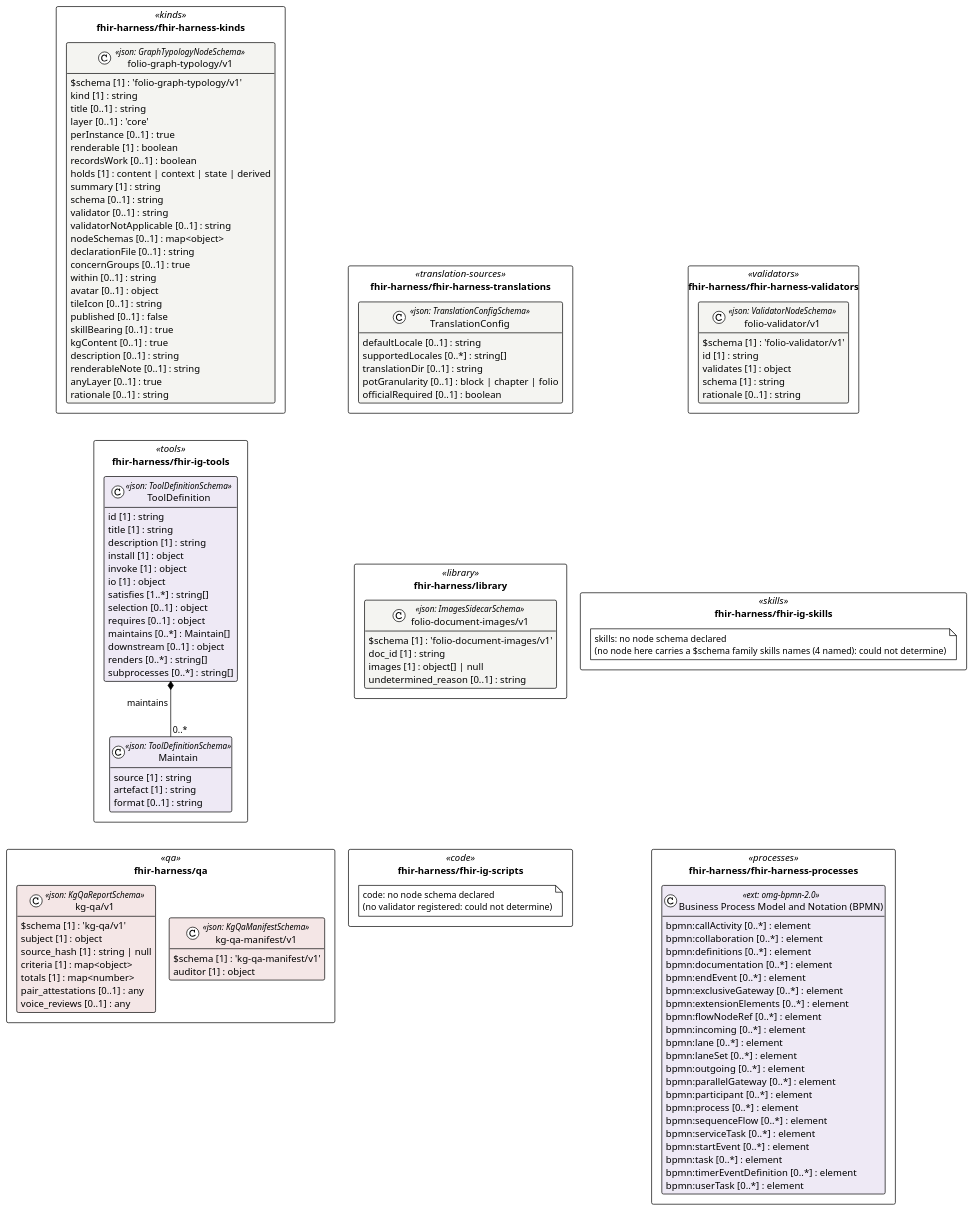
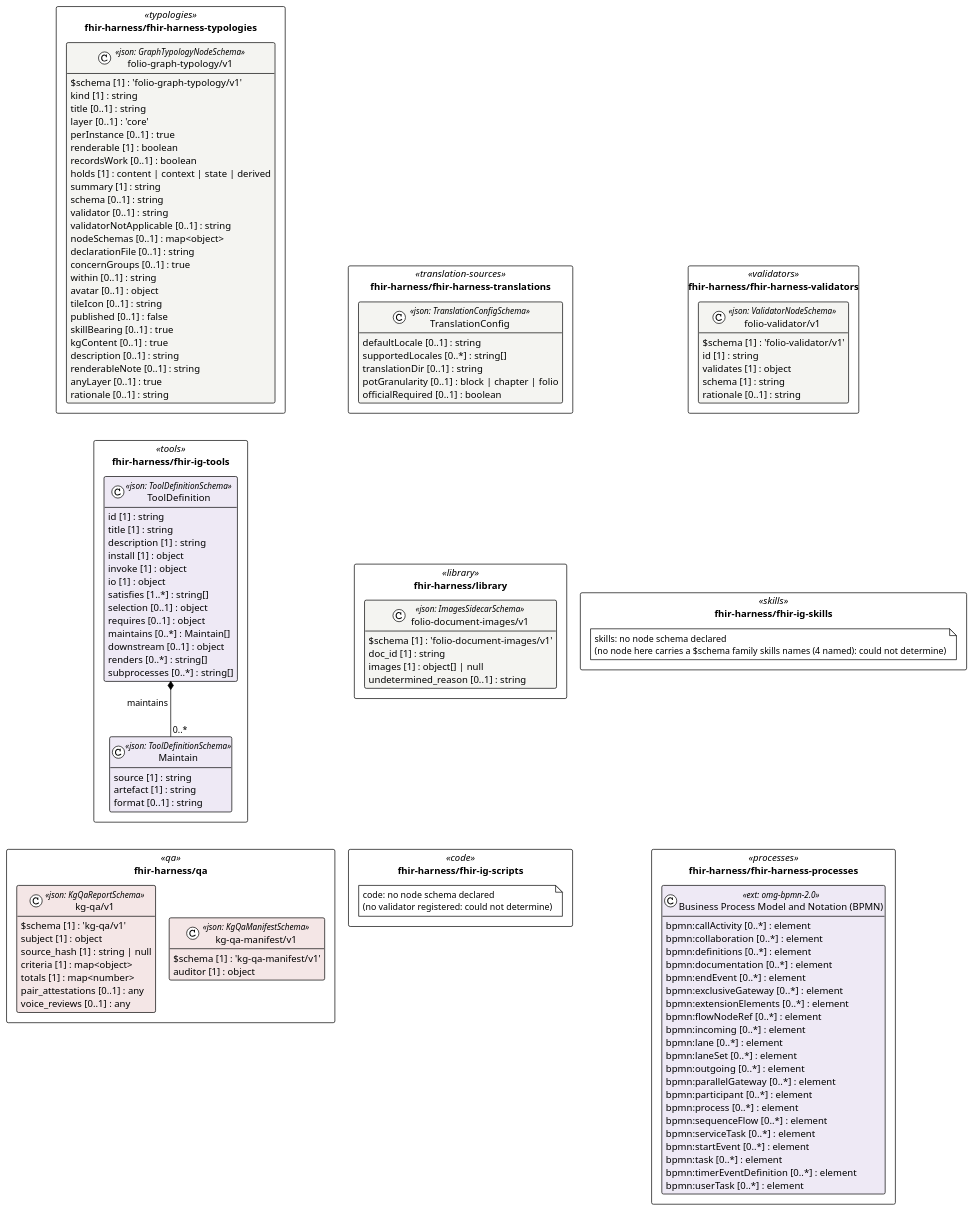
One commit to litlfred/folio-assistant changed the diagram in cat-harness/uml/overview/fhir-harness.puml. Above: the diagram before and after it, drawn with PlantUML. The commit also changed 435 other files, not shown here.

First line of the commit message:
Regenerate artefacts for the graph-typology rename; pin bootstrap-tools to its merge (litlfred/bootstrap-tools#10)

```diff
--- a/cat-harness/uml/overview/fhir-harness.puml
+++ b/cat-harness/uml/overview/fhir-harness.puml
@@ -3,141 +3,141 @@
 @startuml fhir_harness
 !pragma layout elk
 !theme plain
 skinparam classAttributeIconSize 0
 skinparam shadowing false
 skinparam packageStyle rectangle
 hide empty methods
 
 package "fhir-harness/fhir-harness-translations" as pkg_fhir_harness_fhir_harness_translations <<translation-sources>> {
   class "TranslationConfig" as fhir_harness_fhir_harness_translations_TranslationConfig <<json: TranslationConfigSchema>> #f4f4f1 {
     defaultLocale [0..1] : string
     supportedLocales [0..*] : string[]
     translationDir [0..1] : string
     potGranularity [0..1] : block | chapter | folio
     officialRequired [0..1] : boolean
   }
 }
 package "fhir-harness/fhir-harness-validators" as pkg_fhir_harness_fhir_harness_validators <<validators>> {
   class "folio-validator/v1" as fhir_harness_fhir_harness_validators_folio_validator_v1_folio_validator_v1 <<json: ValidatorNodeSchema>> #f4f4f1 {
     $schema [1] : 'folio-validator/v1'
     id [1] : string
     validates [1] : object
     schema [1] : string
     rationale [0..1] : string
   }
 }
-package "fhir-harness/fhir-harness-kinds" as pkg_fhir_harness_fhir_harness_kinds <<kinds>> {
-  class "folio-graph-typology/v1" as fhir_harness_fhir_harness_kinds_folio_graph_typology_v1_folio_graph_typology_v1 <<json: GraphTypologyNodeSchema>> #f4f4f1 {
+package "fhir-harness/fhir-harness-typologies" as pkg_fhir_harness_fhir_harness_typologies <<typologies>> {
+  class "folio-graph-typology/v1" as fhir_harness_fhir_harness_typologies_folio_graph_typology_v1_folio_graph_typology_v1 <<json: GraphTypologyNodeSchema>> #f4f4f1 {
     $schema [1] : 'folio-graph-typology/v1'
     kind [1] : string
     title [0..1] : string
     layer [0..1] : 'core'
     perInstance [0..1] : true
     renderable [1] : boolean
     recordsWork [0..1] : boolean
     holds [1] : content | context | state | derived
     summary [1] : string
     schema [0..1] : string
     validator [0..1] : string
     validatorNotApplicable [0..1] : string
     nodeSchemas [0..1] : map<object>
     declarationFile [0..1] : string
     concernGroups [0..1] : true
     within [0..1] : string
     avatar [0..1] : object
     tileIcon [0..1] : string
     published [0..1] : false
     skillBearing [0..1] : true
     kgContent [0..1] : true
     description [0..1] : string
     renderableNote [0..1] : string
     anyLayer [0..1] : true
     rationale [0..1] : string
   }
 }
 package "fhir-harness/library" as pkg_fhir_harness_library <<library>> {
   class "folio-document-images/v1" as fhir_harness_library_folio_document_images_v1_folio_document_images_v1 <<json: ImagesSidecarSchema>> #f4f4f1 {
     $schema [1] : 'folio-document-images/v1'
     doc_id [1] : string
     images [1] : object[] | null
     undetermined_reason [0..1] : string
   }
 }
 package "fhir-harness/fhir-ig-skills" as pkg_fhir_harness_fhir_ig_skills <<skills>> {
   note "skills: no node schema declared\n(no node here carries a $schema family skills names (4 named): could not determine)" as n_fhir_harness_fhir_ig_skills_skills
 }
 package "fhir-harness/fhir-ig-tools" as pkg_fhir_harness_fhir_ig_tools <<tools>> {
   class "Maintain" as fhir_harness_fhir_ig_tools_Maintain <<json: ToolDefinitionSchema>> #eee9f5 {
     source [1] : string
     artefact [1] : string
     format [0..1] : string
   }
   class "ToolDefinition" as fhir_harness_fhir_ig_tools_ToolDefinition <<json: ToolDefinitionSchema>> #eee9f5 {
     id [1] : string
     title [1] : string
     description [1] : string
     install [1] : object
     invoke [1] : object
     io [1] : object
     satisfies [1..*] : string[]
     selection [0..1] : object
     requires [0..1] : object
     maintains [0..*] : Maintain[]
     downstream [0..1] : object
     renders [0..*] : string[]
     subprocesses [0..*] : string[]
   }
 }
 package "fhir-harness/fhir-ig-scripts" as pkg_fhir_harness_fhir_ig_scripts <<code>> {
   note "code: no node schema declared\n(no validator registered: could not determine)" as n_fhir_harness_fhir_ig_scripts_code
 }
 package "fhir-harness/fhir-harness-processes" as pkg_fhir_harness_fhir_harness_processes <<processes>> {
   class "Business Process Model and Notation (BPMN)" as fhir_harness_fhir_harness_processes_omg_bpmn_2_0 <<ext: omg-bpmn-2.0>> #eee9f5 {
     bpmn:callActivity [0..*] : element
     bpmn:collaboration [0..*] : element
     bpmn:definitions [0..*] : element
     bpmn:documentation [0..*] : element
     bpmn:endEvent [0..*] : element
     bpmn:exclusiveGateway [0..*] : element
     bpmn:extensionElements [0..*] : element
     bpmn:flowNodeRef [0..*] : element
     bpmn:incoming [0..*] : element
     bpmn:lane [0..*] : element
     bpmn:laneSet [0..*] : element
     bpmn:outgoing [0..*] : element
     bpmn:parallelGateway [0..*] : element
     bpmn:participant [0..*] : element
     bpmn:process [0..*] : element
     bpmn:sequenceFlow [0..*] : element
     bpmn:serviceTask [0..*] : element
     bpmn:startEvent [0..*] : element
     bpmn:task [0..*] : element
     bpmn:timerEventDefinition [0..*] : element
     bpmn:userTask [0..*] : element
   }
 }
 package "fhir-harness/qa" as pkg_fhir_harness_qa <<qa>> {
   class "kg-qa/v1" as fhir_harness_qa_kg_qa_v1_kg_qa_v1 <<json: KgQaReportSchema>> #f4e6e6 {
     $schema [1] : 'kg-qa/v1'
     subject [1] : object
     source_hash [1] : string | null
     criteria [1] : map<object>
     totals [1] : map<number>
     pair_attestations [0..1] : any
     voice_reviews [0..1] : any
   }
   class "kg-qa-manifest/v1" as fhir_harness_qa_kg_qa_manifest_v1_kg_qa_manifest_v1 <<json: KgQaManifestSchema>> #f4e6e6 {
     $schema [1] : 'kg-qa-manifest/v1'
     auditor [1] : object
   }
 }
 
 fhir_harness_fhir_ig_tools_ToolDefinition *-- "0..*" fhir_harness_fhir_ig_tools_Maintain : maintains
-' grid: portrait, 3 column(s) — pkg_fhir_harness_fhir_harness_translations pkg_fhir_harness_fhir_harness_validators pkg_fhir_harness_fhir_harness_kinds pkg_fhir_harness_library pkg_fhir_harness_fhir_ig_skills pkg_fhir_harness_fhir_ig_tools pkg_fhir_harness_fhir_ig_scripts pkg_fhir_harness_fhir_harness_processes pkg_fhir_harness_qa
+' grid: portrait, 3 column(s) — pkg_fhir_harness_fhir_harness_translations pkg_fhir_harness_fhir_harness_validators pkg_fhir_harness_fhir_harness_typologies pkg_fhir_harness_library pkg_fhir_harness_fhir_ig_skills pkg_fhir_harness_fhir_ig_tools pkg_fhir_harness_fhir_ig_scripts pkg_fhir_harness_fhir_harness_processes pkg_fhir_harness_qa
 pkg_fhir_harness_fhir_harness_translations -[hidden]down- pkg_fhir_harness_library
 pkg_fhir_harness_fhir_harness_validators -[hidden]down- pkg_fhir_harness_fhir_ig_skills
-pkg_fhir_harness_fhir_harness_kinds -[hidden]down- pkg_fhir_harness_fhir_ig_tools
+pkg_fhir_harness_fhir_harness_typologies -[hidden]down- pkg_fhir_harness_fhir_ig_tools
 pkg_fhir_harness_library -[hidden]down- pkg_fhir_harness_fhir_ig_scripts
 pkg_fhir_harness_fhir_ig_skills -[hidden]down- pkg_fhir_harness_fhir_harness_processes
 pkg_fhir_harness_fhir_ig_tools -[hidden]down- pkg_fhir_harness_qa
 @enduml
```
